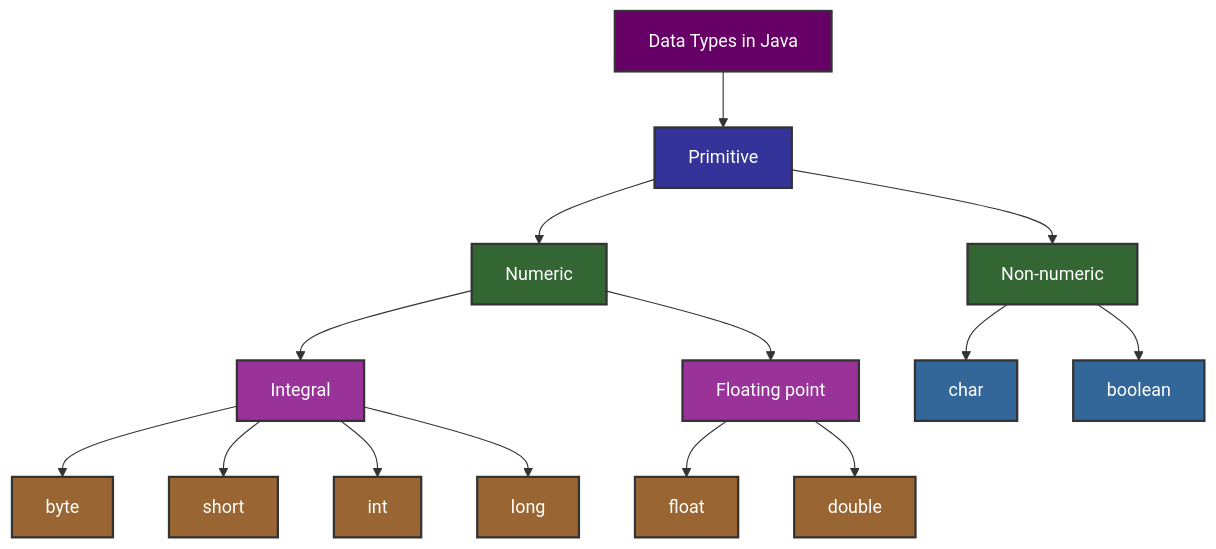
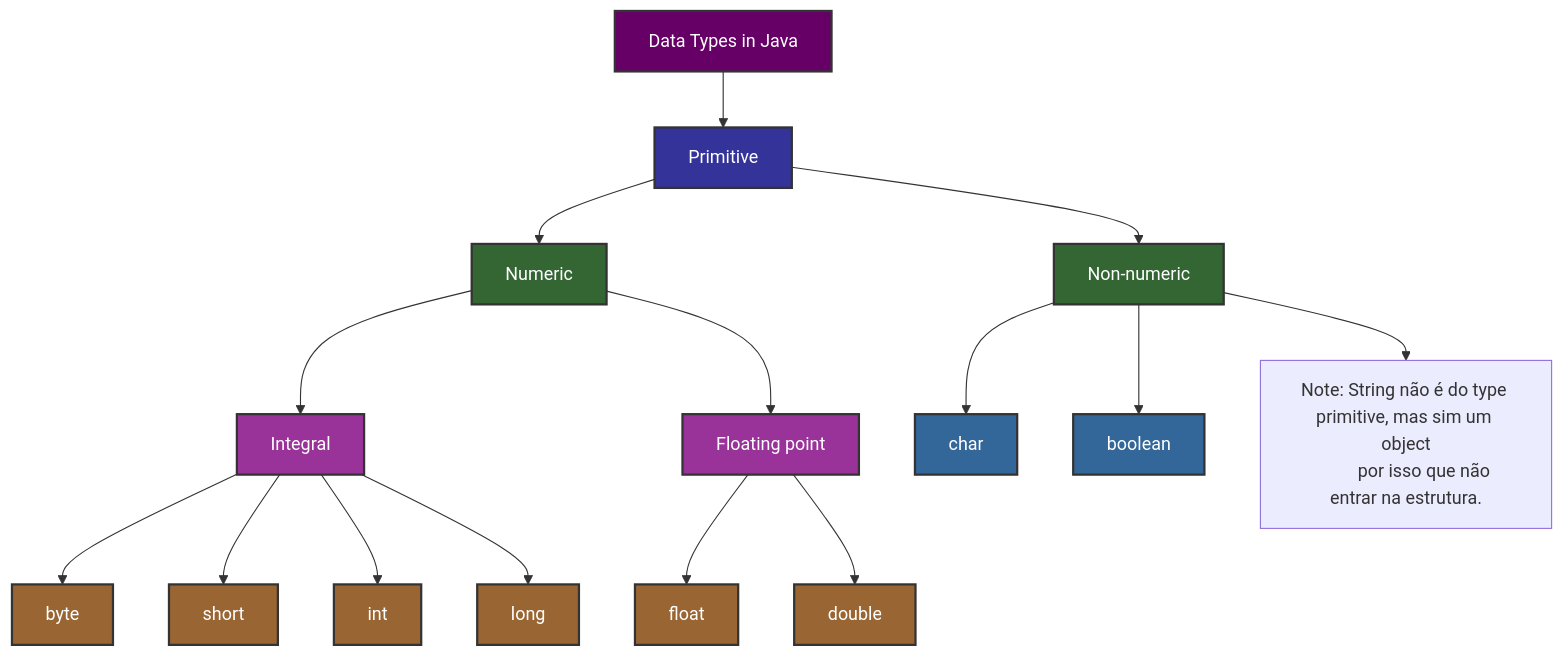
Before and after one commit to uandersonferreira/java-oracle-course: the first of 5 diagrams in src/br/com/uanderson/java-oracle-section-01.md, drawn with Mermaid. The commit also changed 1 other file, not shown here.

Commit message:
corriindo o readme

````diff
--- a/src/br/com/uanderson/java-oracle-section-01.md
+++ b/src/br/com/uanderson/java-oracle-section-01.md
@@ -20,37 +20,42 @@
 ```mermaid
 graph TD
   A[Data Types in Java] --> B[Primitive]
 
   B --> C[Numeric]
   B --> H[Non-numeric]
 
   C --> D[Integral]
   C --> E[Floating point]
 
   D --> F[byte]
   D --> G[short]
   D --> I[int]
   D --> J[long]
 
   E --> K[float]
   E --> L[double]
 
   H --> M[char]
   H --> N[boolean]
 
+  H --> note["
+         Note: String não é do type primitive, mas sim um object
+         por isso que não entrar na estrutura.
+  "]
+
   style A fill:#660066,stroke:#333,stroke-width:2px,color:#fff
   style B fill:#333399,stroke:#333,stroke-width:2px,color:#fff
   style C fill:#336633,stroke:#333,stroke-width:2px,color:#fff
   style H fill:#336633,stroke:#333,stroke-width:2px,color:#fff
   style D fill:#993399,stroke:#333,stroke-width:2px,color:#fff
   style E fill:#993399,stroke:#333,stroke-width:2px,color:#fff
   style F fill:#996633,stroke:#333,stroke-width:2px,color:#fff
   style G fill:#996633,stroke:#333,stroke-width:2px,color:#fff
   style I fill:#996633,stroke:#333,stroke-width:2px,color:#fff
   style J fill:#996633,stroke:#333,stroke-width:2px,color:#fff
   style K fill:#996633,stroke:#333,stroke-width:2px,color:#fff
   style L fill:#996633,stroke:#333,stroke-width:2px,color:#fff
   style M fill:#336699,stroke:#333,stroke-width:2px,color:#fff
   style N fill:#336699,stroke:#333,stroke-width:2px,color:#fff
 
 ```
````
